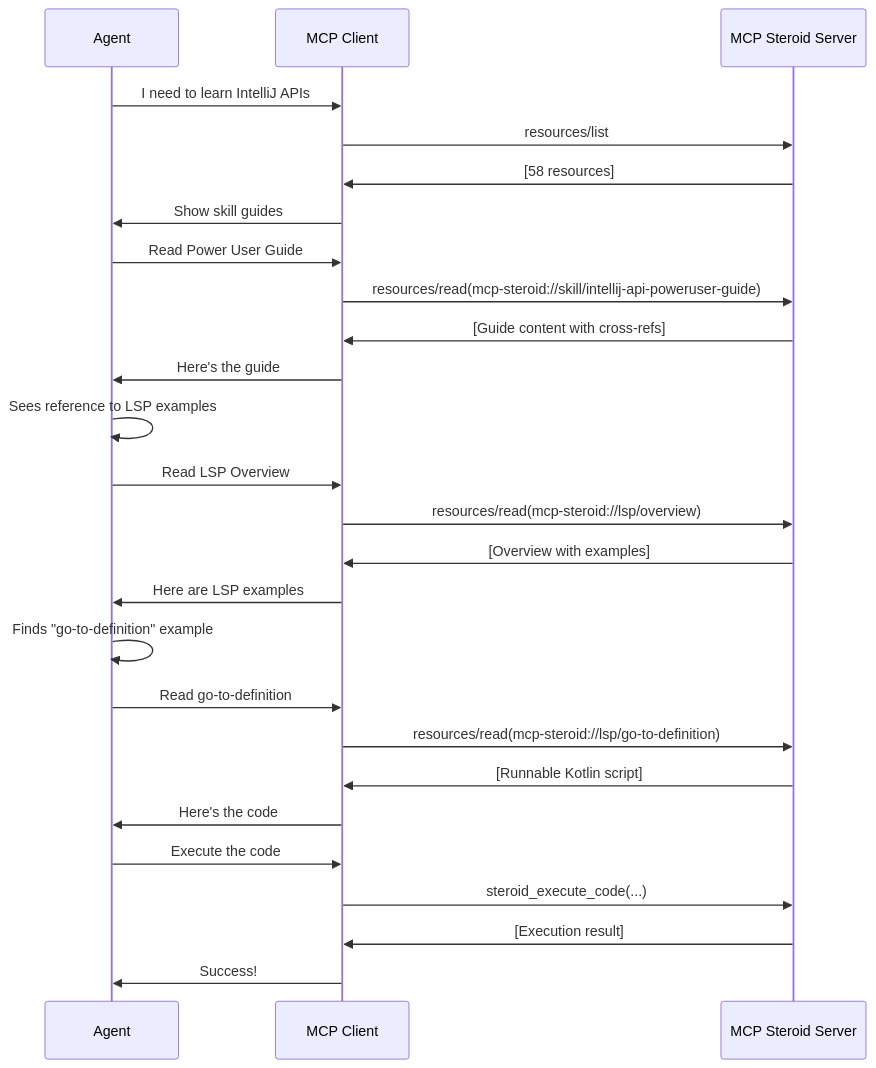
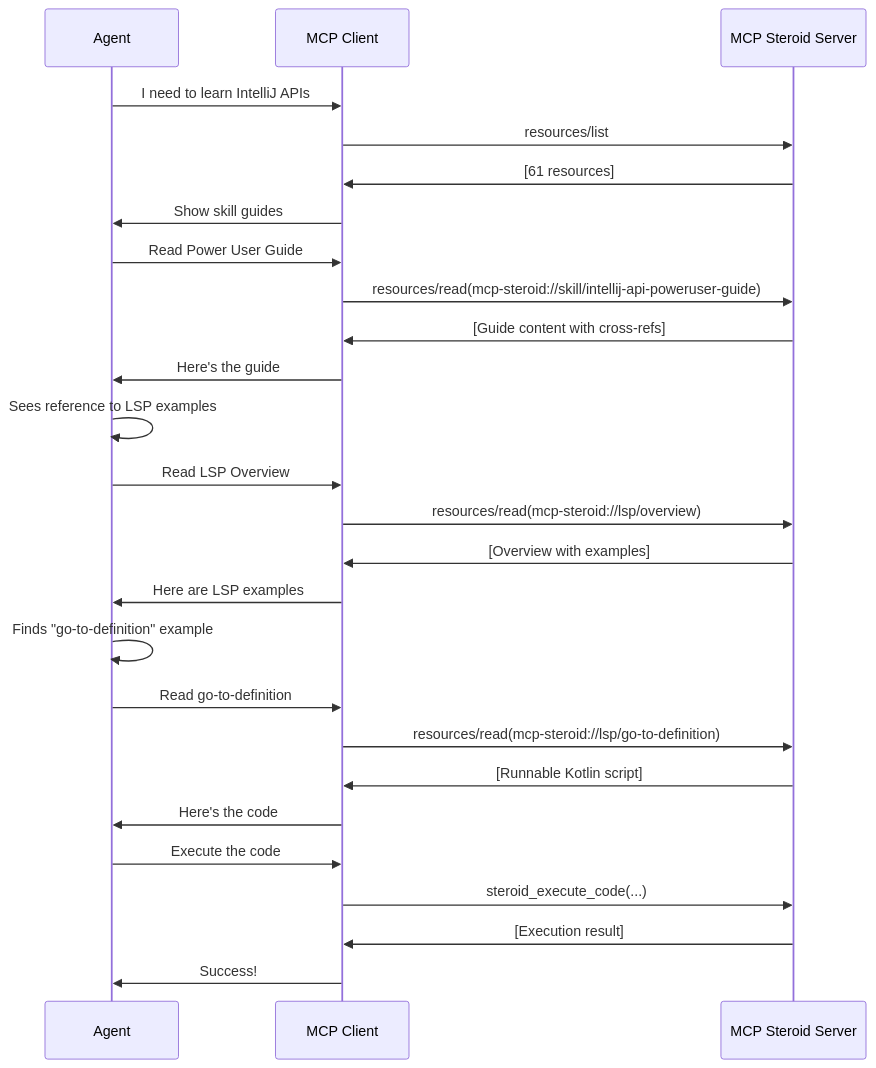
The third of 3 diagrams in ij-plugin/src/main/resources/docs/RESOURCE_GRAPH.md (NordCoderd/mcp-steroid), drawn with Mermaid before and after one commit. The commit also changed other lines of this file and 21 other files, not shown here.

````diff
--- a/ij-plugin/src/main/resources/docs/RESOURCE_GRAPH.md
+++ b/ij-plugin/src/main/resources/docs/RESOURCE_GRAPH.md
@@ -283,33 +299,33 @@
 ```mermaid
 sequenceDiagram
     participant Agent
     participant MCP as MCP Client
     participant Server as MCP Steroid Server
 
     Agent->>MCP: I need to learn IntelliJ APIs
     MCP->>Server: resources/list
-    Server->>MCP: [58 resources]
+    Server->>MCP: [61 resources]
     MCP->>Agent: Show skill guides
 
     Agent->>MCP: Read Power User Guide
     MCP->>Server: resources/read(mcp-steroid://skill/intellij-api-poweruser-guide)
     Server->>MCP: [Guide content with cross-refs]
     MCP->>Agent: Here's the guide
 
     Agent->>Agent: Sees reference to LSP examples
     Agent->>MCP: Read LSP Overview
     MCP->>Server: resources/read(mcp-steroid://lsp/overview)
     Server->>MCP: [Overview with examples]
     MCP->>Agent: Here are LSP examples
 
     Agent->>Agent: Finds "go-to-definition" example
     Agent->>MCP: Read go-to-definition
     MCP->>Server: resources/read(mcp-steroid://lsp/go-to-definition)
     Server->>MCP: [Runnable Kotlin script]
     MCP->>Agent: Here's the code
 
     Agent->>MCP: Execute the code
     MCP->>Server: steroid_execute_code(...)
     Server->>MCP: [Execution result]
     MCP->>Agent: Success!
 ```
````
